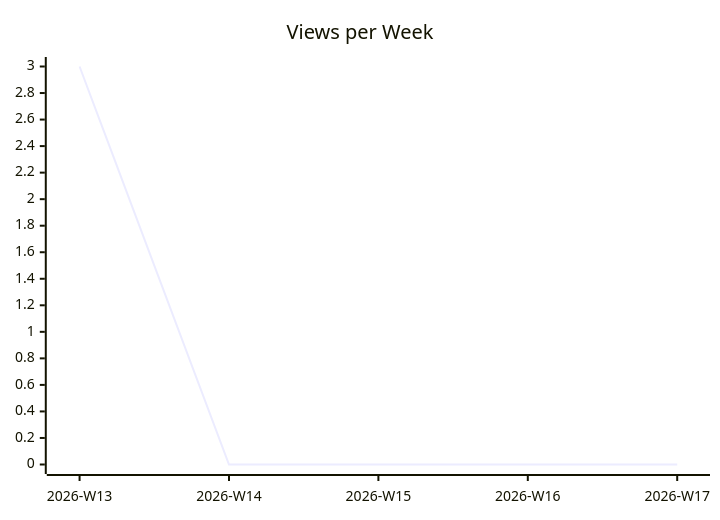
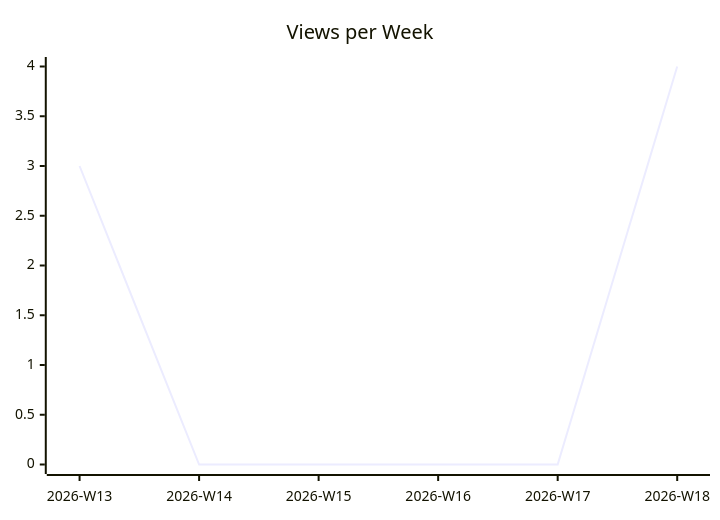
The second of 3 diagrams in karlmdavis/kxml2/README.md (justdavis-family/github-analytics-data), drawn with Mermaid before and after one commit. The commit also changed other lines of this file and 184 other files, not shown here.

````diff
--- a/karlmdavis/kxml2/README.md
+++ b/karlmdavis/kxml2/README.md
@@ -12,6 +12,6 @@
 ```mermaid
 xychart-beta
   title "Views per Week"
-  x-axis ["2026-W13", "2026-W14", "2026-W15", "2026-W16", "2026-W17"]
-  line [3, 0, 0, 0, 0]
+  x-axis ["2026-W13", "2026-W14", "2026-W15", "2026-W16", "2026-W17", "2026-W18"]
+  line [3, 0, 0, 0, 0, 4]
 ```
````
